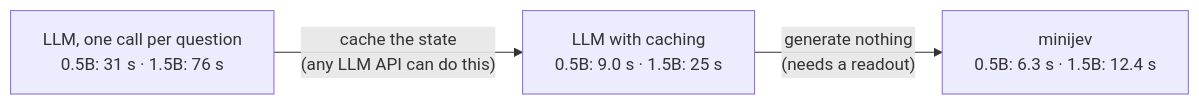
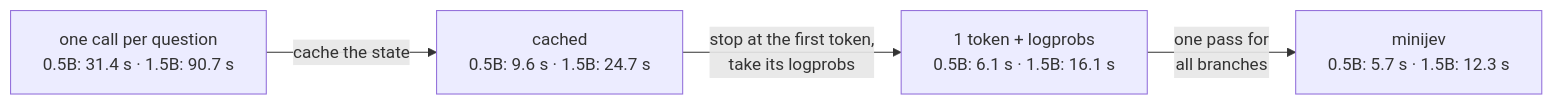
One commit to Obi-Wan-Clemobi/minijev changed diagram 18 of 18 in docs/WALKTHROUGH.md. Above: the diagram before and after it, drawn with Mermaid. The commit also changed other lines of this file and 3 other files, not shown here.

````diff
--- a/docs/WALKTHROUGH.md
+++ b/docs/WALKTHROUGH.md
@@ -650,4 +661,4 @@
 ```mermaid
 flowchart LR
-    A["LLM, one call per question<br/>0.5B: 31 s · 1.5B: 76 s"] -->|"cache the state<br/>(any LLM API can do this)"| B["LLM with caching<br/>0.5B: 9.0 s · 1.5B: 25 s"] -->|"generate nothing<br/>(needs a readout)"| C["minijev<br/>0.5B: 6.3 s · 1.5B: 12.4 s"]
+    A["one call per question<br/>0.5B: 31.4 s · 1.5B: 90.7 s"] -->|"cache the state"| B["cached<br/>0.5B: 9.6 s · 1.5B: 24.7 s"] -->|"stop at the first token,<br/>take its logprobs"| C["1 token + logprobs<br/>0.5B: 6.1 s · 1.5B: 16.1 s"] -->|"one pass for<br/>all branches"| D["minijev<br/>0.5B: 5.7 s · 1.5B: 12.3 s"]
 ```
````
